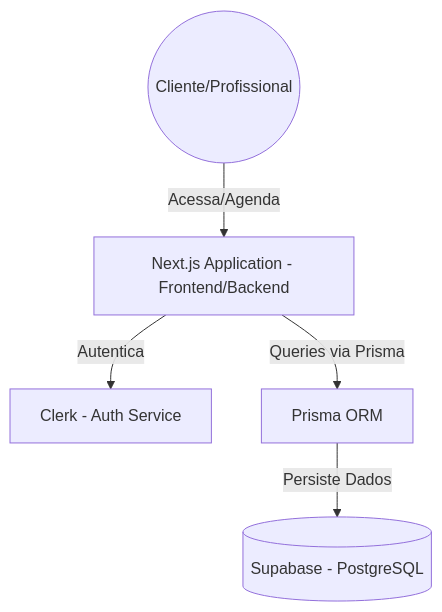
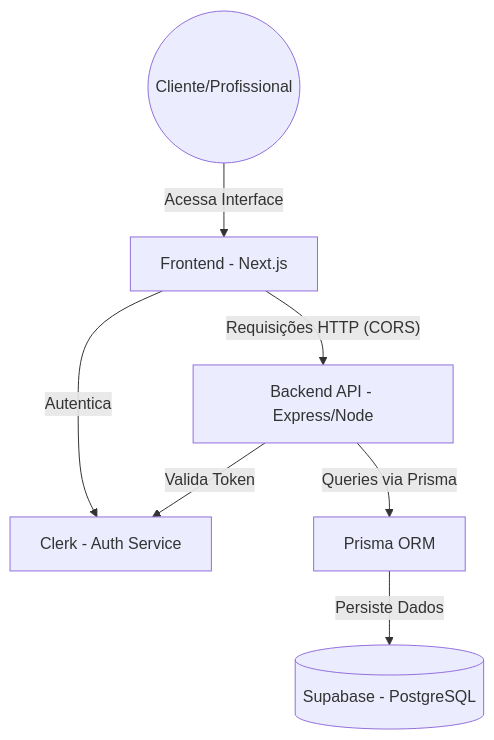
One commit to A-Mafioletti/Gerenciador-de-Agendamentos changed the first of 2 diagrams in docs/spec_tech.md. Above: the diagram before and after it, drawn with Mermaid. The commit also changed other lines of this file and 13 other files, not shown here.

````diff
--- a/docs/spec_tech.md
+++ b/docs/spec_tech.md
@@ -14,13 +14,16 @@
 ```mermaid
 graph TD
     User((Cliente/Profissional))
-    WebApp[Next.js Application - Frontend/Backend]
+    Frontend[Frontend - Next.js]
+    Backend[Backend API - Express/Node]
     Auth[Clerk - Auth Service]
     DB[(Supabase - PostgreSQL)]
     Prisma[Prisma ORM]
 
-    User -- "Acessa/Agenda" --> WebApp
-    WebApp -- "Autentica" --> Auth
-    WebApp -- "Queries via Prisma" --> Prisma
+    User -- "Acessa Interface" --> Frontend
+    Frontend -- "Autentica" --> Auth
+    Frontend -- "Requisições HTTP (CORS)" --> Backend
+    Backend -- "Valida Token" --> Auth
+    Backend -- "Queries via Prisma" --> Prisma
     Prisma -- "Persiste Dados" --> DB
 ```
````
